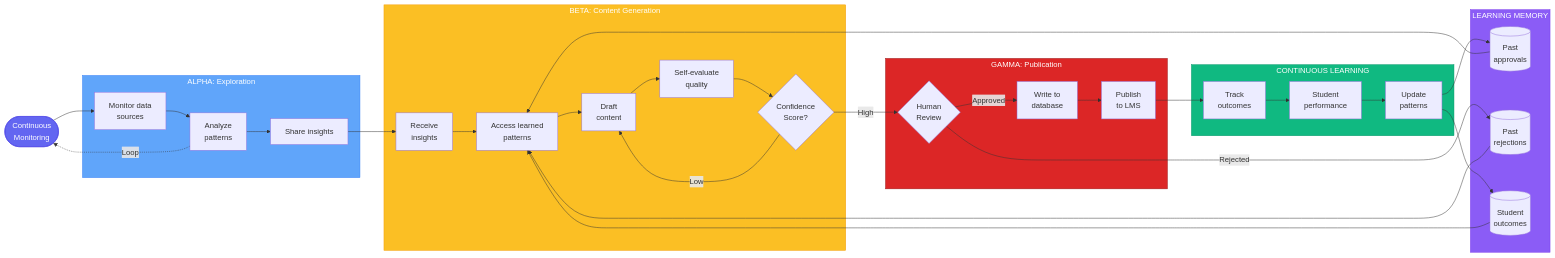
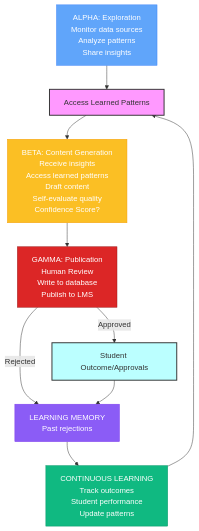
The second of 4 diagrams in demos/bronco-demo/architecture.md (Lizo-RoadTown/Portfolio), drawn with Mermaid before and after one commit.

Commit message:
refactor: update agent collaboration & learning workflow diagram to circular mermaid chart for clarity

````diff
--- a/demos/bronco-demo/architecture.md
+++ b/demos/bronco-demo/architecture.md
@@ -111,66 +111,30 @@
 ```mermaid
-flowchart LR
-    START([Continuous<br/>Monitoring])
+flowchart TD
+    Alpha["ALPHA: Exploration<br>Monitor data sources<br>Analyze patterns<br>Share insights"] --> Access["Access Learned Patterns"]
 
-    subgraph ALPHA["ALPHA: Exploration"]
-        A1[Monitor data<br/>sources]
-        A2[Analyze<br/>patterns]
-        A3[Share insights]
-    end
+    %% Main Circle
+    Access --> Beta["BETA: Content Generation<br>Receive insights<br>Access learned patterns<br>Draft content<br>Self-evaluate quality<br>Confidence Score?"]
+    Beta --> Gamma["GAMMA: Publication<br>Human Review<br>Write to database<br>Publish to LMS"]
+    Gamma -->|Rejected| Memory["LEARNING MEMORY<br>Past rejections"]
+    Gamma -->|Approved| Outcome["Student Outcome/Approvals"]
+    Memory --> Continuous["CONTINUOUS LEARNING<br>Track outcomes<br>Student performance<br>Update patterns"]
+    Outcome --> Memory
+    Continuous --> Access
 
-    subgraph LEARNING["LEARNING MEMORY"]
-        L1[(Past<br/>approvals)]
-        L2[(Past<br/>rejections)]
-        L3[(Student<br/>outcomes)]
-    end
+    %% Visual arrangement for circle
+    classDef alpha fill:#60a5fa,stroke:#3b82f6,color:#fff;
+    classDef beta fill:#fbbf24,stroke:#f59e0b,color:#fff;
+    classDef gamma fill:#dc2626,stroke:#991b1b,color:#fff;
+    classDef memory fill:#8b5cf6,stroke:#7c3aed,color:#fff;
+    classDef continuous fill:#10b981,stroke:#059669,color:#fff;
+    classDef access fill:#f9f,stroke:#333,stroke-width:2px;
+    classDef outcome fill:#bff,stroke:#333,stroke-width:2px;
 
-    subgraph BETA["BETA: Content Generation"]
-        B1[Receive<br/>insights]
-        B2[Access learned<br/>patterns]
-        B3[Draft<br/>content]
-        B4[Self-evaluate<br/>quality]
-        B5{Confidence<br/>Score?}
-    end
-
-    subgraph GAMMA["GAMMA: Publication"]
-        G1{Human<br/>Review}
-        G2[Write to<br/>database]
-        G3[Publish<br/>to LMS]
-    end
-
-    subgraph FEEDBACK["CONTINUOUS LEARNING"]
-        F1[Track<br/>outcomes]
-        F2[Student<br/>performance]
-        F3[Update<br/>patterns]
-    end
-
-    START --> A1 --> A2 --> A3
-    A3 --> B1
-
-    L1 --> B2
-    L2 --> B2
-    L3 --> B2
-
-    B1 --> B2 --> B3 --> B4 --> B5
-
-    B5 -->|High| G1
-    B5 -->|Low| B3
-
-    G1 -->|Approved| G2
-    G1 -->|Rejected| L2
-
-    G2 --> G3 --> F1
-    F1 --> F2 --> F3
-
-    F3 --> L1
-    F3 --> L3
-
-    A2 -.->|Loop| START
-
-    style ALPHA fill:#60a5fa,stroke:#3b82f6,color:#fff
-    style BETA fill:#fbbf24,stroke:#f59e0b,color:#fff
-    style LEARNING fill:#8b5cf6,stroke:#7c3aed,color:#fff
-    style GAMMA fill:#dc2626,stroke:#991b1b,color:#fff
-    style FEEDBACK fill:#10b981,stroke:#059669,color:#fff
-    style START fill:#6366f1,stroke:#4f46e5,color:#fff
+    class Alpha alpha;
+    class Beta beta;
+    class Gamma gamma;
+    class Memory memory;
+    class Continuous continuous;
+    class Access access;
+    class Outcome outcome;
 ```
````
